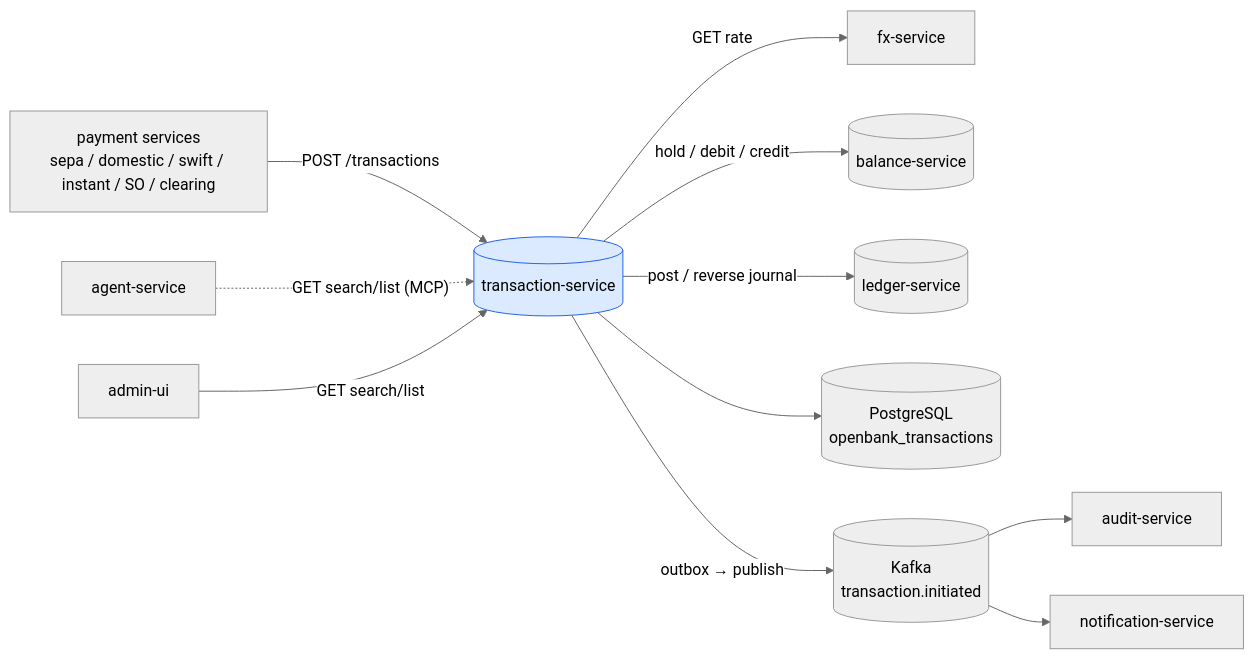
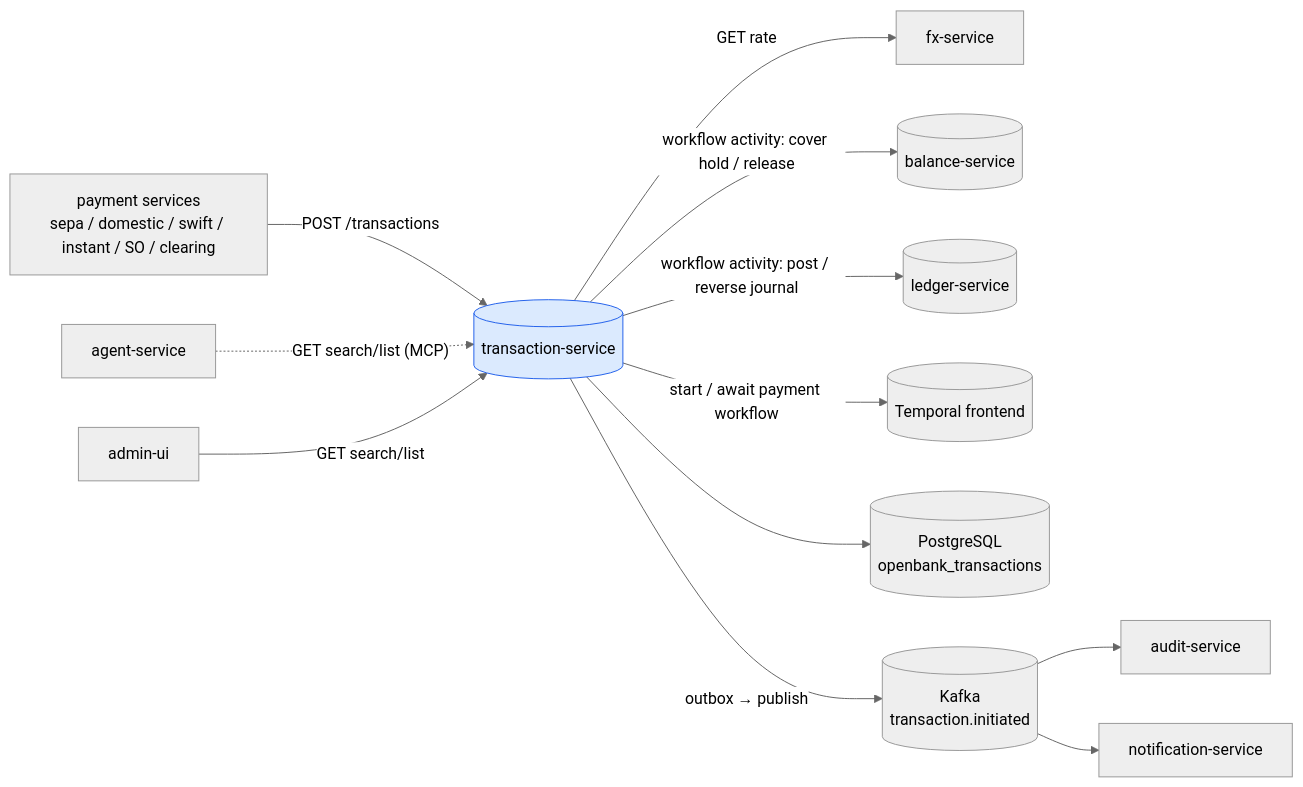
The first of 4 diagrams in openbank-transaction-service/src/main/resources/docs/02-architecture.en.md (JiRaska/open-bank-oss), drawn with Mermaid (neutral theme) before and after one commit. The commit also changed other lines of this file and 1 other file, not shown here.

Commit message:
docs(transaction): describe Temporal payment workflow

````diff
--- a/openbank-transaction-service/src/main/resources/docs/02-architecture.en.md
+++ b/openbank-transaction-service/src/main/resources/docs/02-architecture.en.md
@@ -5,30 +5,32 @@
 ```mermaid
 graph LR
   pay[payment services<br/>sepa / domestic / swift / instant / SO / clearing]
   fx[fx-service]
   agent[agent-service]
   admin[admin-ui]
 
   bal[(balance-service)]
   led[(ledger-service)]
+  temporal[(Temporal frontend)]
   audit[audit-service]
   notif[notification-service]
 
   tx[(transaction-service)]:::svc
   db[(PostgreSQL<br/>openbank_transactions)]
   kafka[(Kafka<br/>transaction.initiated)]
 
   pay -- "POST /transactions" --> tx
   agent -. "GET search/list (MCP)" .-> tx
   admin -- "GET search/list" --> tx
   tx -- "GET rate" --> fx
-  tx -- "hold / debit / credit" --> bal
-  tx -- "post / reverse journal" --> led
+  tx -- "start / await payment workflow" --> temporal
+  tx -- "workflow activity: cover hold / release" --> bal
+  tx -- "workflow activity: post / reverse journal" --> led
 
   tx --> db
   tx -- "outbox → publish" --> kafka
   kafka --> audit
   kafka --> notif
 
   classDef svc fill:#dbeafe,stroke:#2563eb
 ```
````
